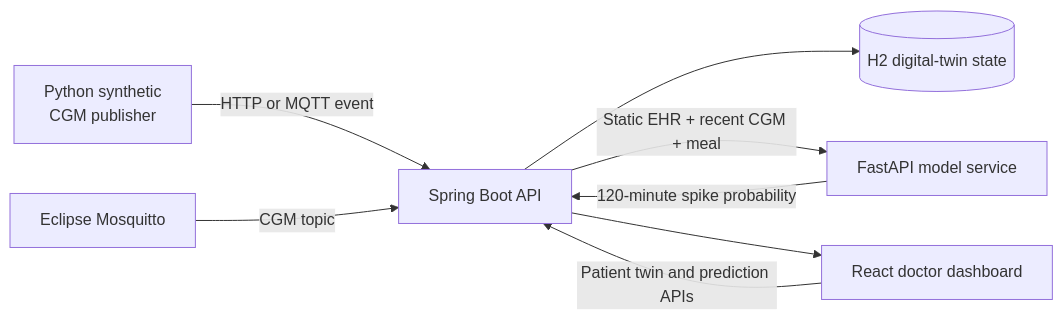
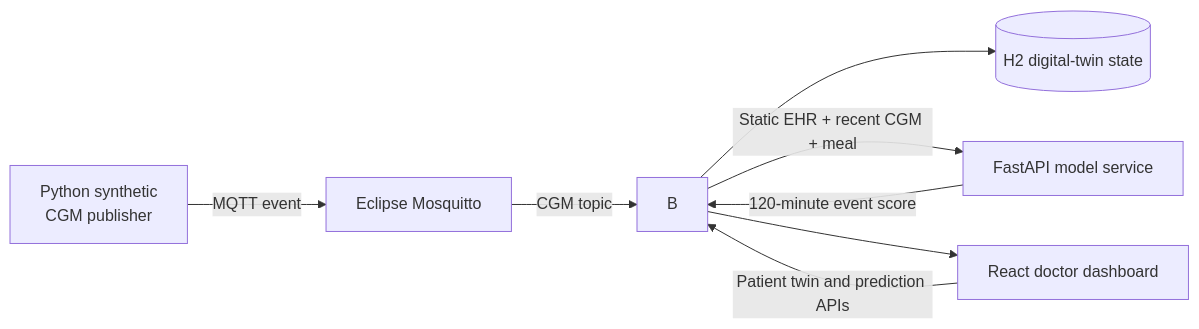
One commit to Devyl-byte/happyHealth changed the diagram in docs/ARCHITECTURE.md. Above: the diagram before and after it, drawn with Mermaid. The commit also changed other lines of this file and 74 other files, not shown here.

````diff
--- a/docs/ARCHITECTURE.md
+++ b/docs/ARCHITECTURE.md
@@ -3,10 +3,10 @@
 ```mermaid
 flowchart LR
-    P[Python synthetic<br/>CGM publisher] -->|HTTP or MQTT event| B[Spring Boot API]
+    P[Python synthetic<br/>CGM publisher] -->|MQTT event| M[Eclipse Mosquitto]
     M[Eclipse Mosquitto] -->|CGM topic| B
     B --> H[(H2 digital-twin state)]
     B -->|Static EHR + recent CGM + meal| F[FastAPI model service]
-    F -->|120-minute spike probability| B
+    F -->|120-minute event score| B
     R[React doctor dashboard] -->|Patient twin and prediction APIs| B
     B --> R
 ```
````
